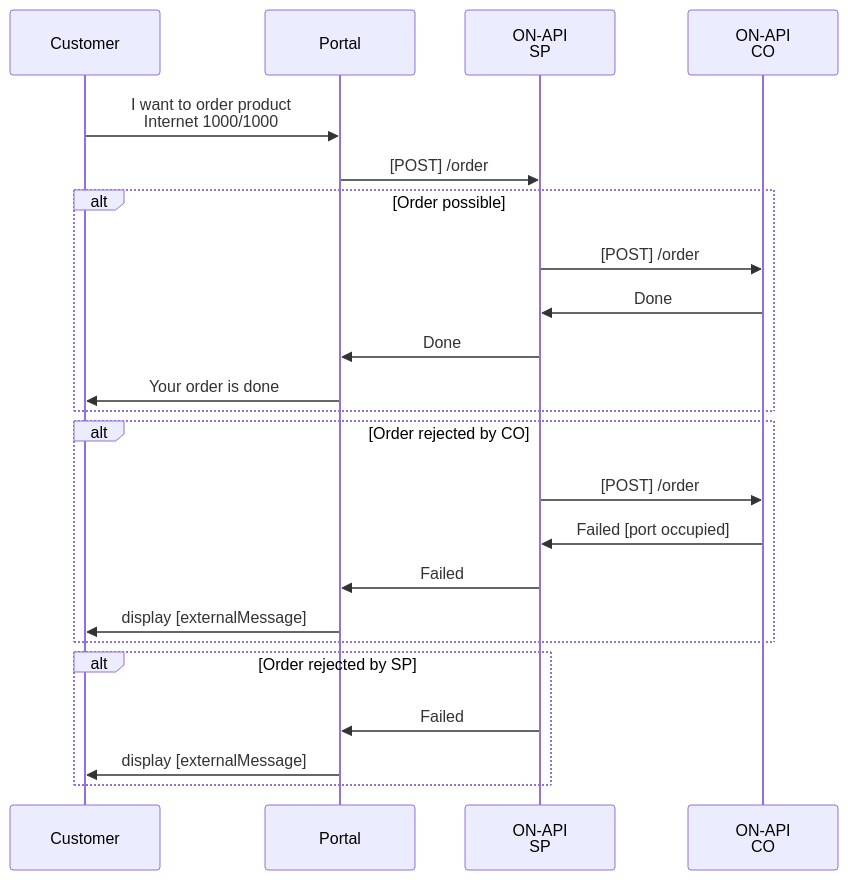
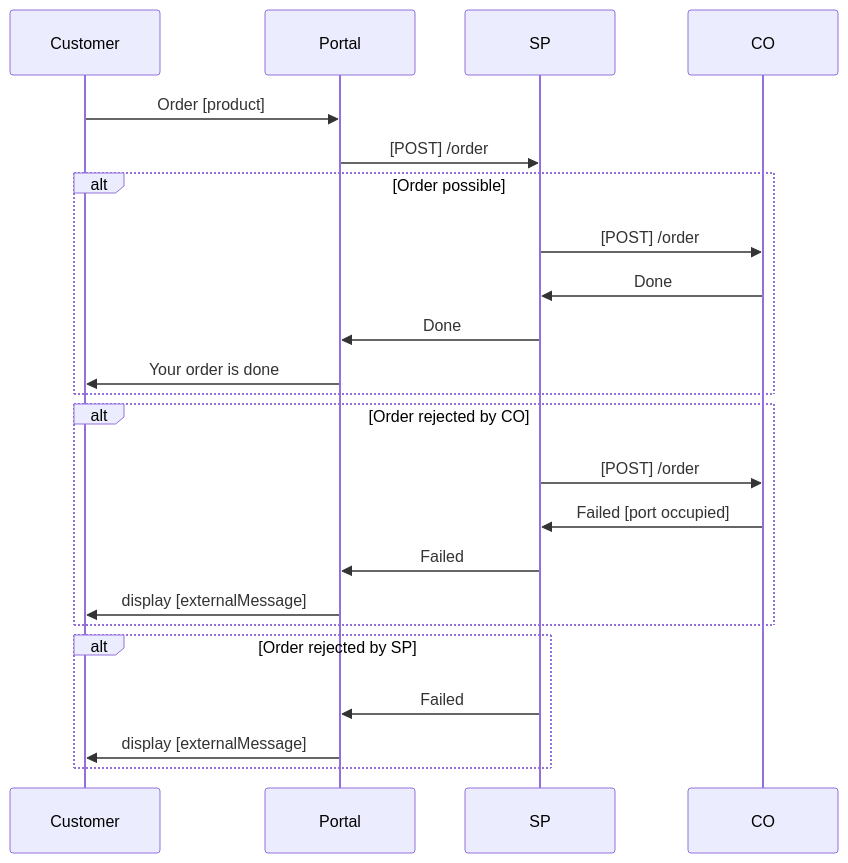
The diagram in 2.5.0/spec_sp/order.md (on-api/on-api), drawn with Mermaid before and after one commit.

Commit message:
Remove br tags from diagram

````diff
--- a/2.5.0/spec_sp/order.md
+++ b/2.5.0/spec_sp/order.md
@@ -14,25 +14,25 @@
 ```mermaid
 sequenceDiagram
 participant A as Customer
 participant B as Portal
-participant C as ON-API<br>SP
-participant D as ON-API<br>CO
-A->>B: I want to order product<br>Internet 1000/1000
+participant C as SP
+participant D as CO
+A->>B: Order [product]
 B->>C: [POST] /order
 alt Order possible
 C->>D: [POST] /order
-D->>C: Done
+D->>C: Done 
 C->>B: Done
 B->>A: Your order is done
 end
 alt Order rejected by CO
 C->>D: [POST] /order
 D->>C: Failed [port occupied]
 C->>B: Failed
 B->>A: display [externalMessage]
 end
 alt Order rejected by SP
 C->>B: Failed
 B->>A: display [externalMessage]
 end
 ```
````
